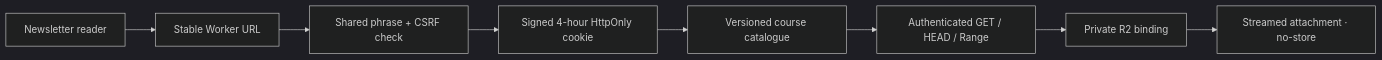
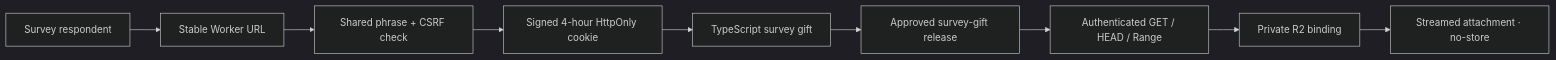
Before and after one commit to kouiso/course-library: the diagram in README.md, drawn with Mermaid (dark theme). The commit also changed other lines of this file and 16 other files, not shown here.

Commit message:
Restrict survey gifts to TypeScript and block paid Taskapp delivery

````diff
--- a/README.md
+++ b/README.md
@@ -28,10 +32,11 @@
 ```mermaid
 flowchart LR
-  Reader[Newsletter reader] --> Entry[Stable Worker URL]
+  Reader[Survey respondent] --> Entry[Stable Worker URL]
   Entry --> Phrase[Shared phrase + CSRF check]
   Phrase --> Cookie[Signed 4-hour HttpOnly cookie]
-  Cookie --> Catalogue[Versioned course catalogue]
-  Catalogue --> Gate[Authenticated GET / HEAD / Range]
+  Cookie --> Catalogue[TypeScript survey gift]
+  Catalogue --> Policy[Approved survey-gift release]
+  Policy --> Gate[Authenticated GET / HEAD / Range]
   Gate --> R2[Private R2 binding]
   R2 --> Stream[Streamed attachment · no-store]
 ```
````
